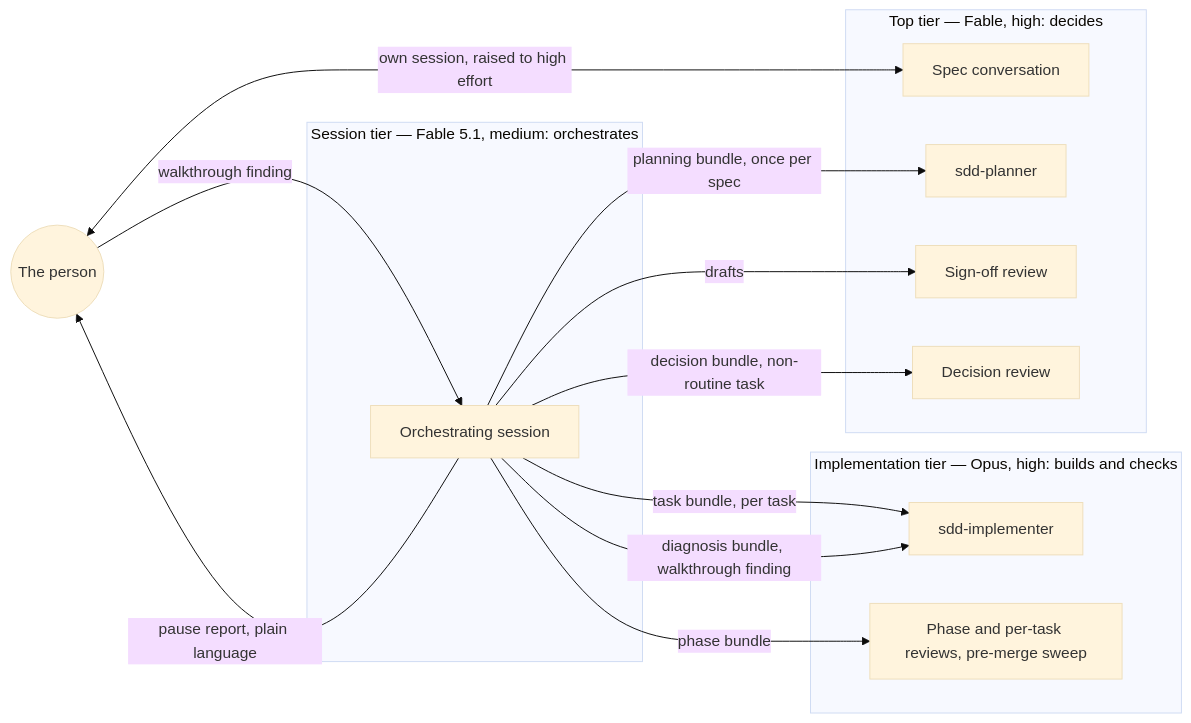
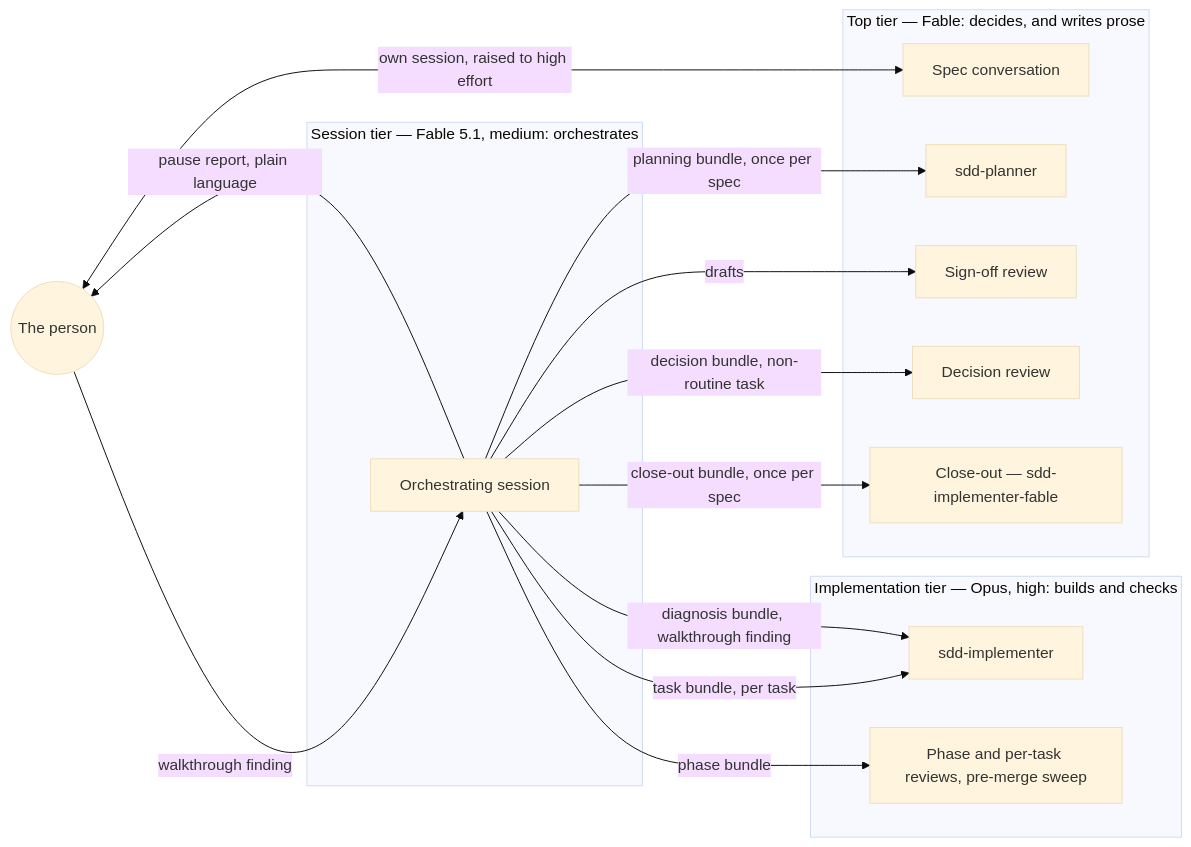
The diagram in README.md (EHaake/solowright), drawn with Mermaid (base theme) before and after one commit. The commit also changed other lines of this file and 3 other files, not shown here.

````diff
--- a/README.md
+++ b/README.md
@@ -90,26 +94,28 @@
 ```mermaid
 flowchart LR
     PERSON(("The person"))
-    subgraph top["Top tier — Fable, high: decides"]
+    subgraph top["Top tier — Fable: decides, and writes prose"]
         SPEC["Spec conversation"]
         PLAN["sdd-planner"]
         SIGN["Sign-off review"]
         DEC["Decision review"]
+        CLOSE["Close-out — sdd-implementer-fable"]
     end
     subgraph impl["Implementation tier — Opus, high: builds and checks"]
         IMP["sdd-implementer"]
         REV["Phase and per-task reviews, pre-merge sweep"]
     end
     subgraph sess["Session tier — Fable 5.1, medium: orchestrates"]
         ORC["Orchestrating session"]
     end
     PERSON <-->|"own session, raised to high effort"| SPEC
     ORC -->|"planning bundle, once per spec"| PLAN
     ORC -->|"drafts"| SIGN
     ORC -->|"decision bundle, non-routine task"| DEC
     ORC -->|"task bundle, per task"| IMP
     ORC -->|"diagnosis bundle, walkthrough finding"| IMP
     ORC -->|"phase bundle"| REV
+    ORC -->|"close-out bundle, once per spec"| CLOSE
     ORC -->|"pause report, plain language"| PERSON
     PERSON -->|"walkthrough finding"| ORC
 ```
````
